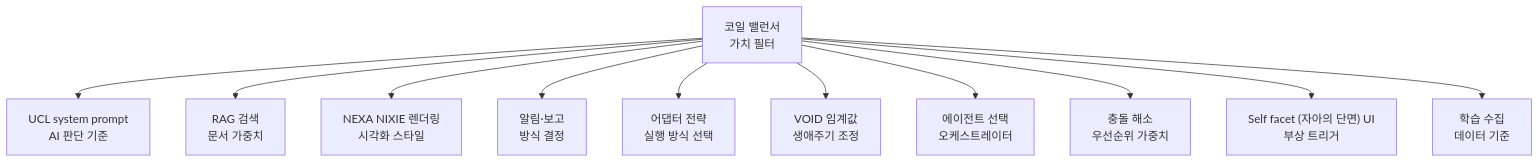
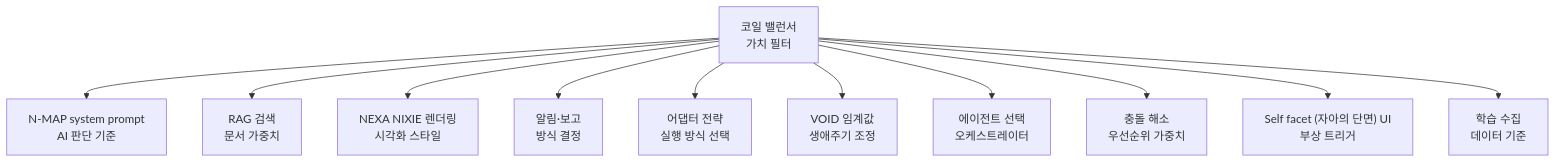
Before and after one commit to U2SOUTION/NEXA: the diagram in NEXA-Platform/docs/AI/NEXA AIS 코일 밸런스 및 운영 규범(GOVERN) 정의서 V2.md, drawn with Mermaid. The commit also changed other lines of this file and 145 other files, not shown here.

````diff
--- a/NEXA-Platform/docs/AI/NEXA AIS 코일 밸런스 및 운영 규범(GOVERN) 정의서 V2.md
+++ b/NEXA-Platform/docs/AI/NEXA AIS 코일 밸런스 및 운영 규범(GOVERN) 정의서 V2.md
@@ -282,15 +282,15 @@
 ```mermaid
 flowchart TD
     coil["코일 밸런서\n가치 필터"]
 
-    coil --> a["UCL system prompt\nAI 판단 기준"]
+    coil --> a["N-MAP system prompt\nAI 판단 기준"]
     coil --> b["RAG 검색\n문서 가중치"]
     coil --> c["NEXA NIXIE 렌더링\n시각화 스타일"]
     coil --> d["알림·보고\n방식 결정"]
     coil --> e["어댑터 전략\n실행 방식 선택"]
     coil --> f["VOID 임계값\n생애주기 조정"]
     coil --> g["에이전트 선택\n오케스트레이터"]
     coil --> h["충돌 해소\n우선순위 가중치"]
     coil --> i["Self facet (자아의 단면) UI\n부상 트리거"]
     coil --> j["학습 수집\n데이터 기준"]
 ```
````
